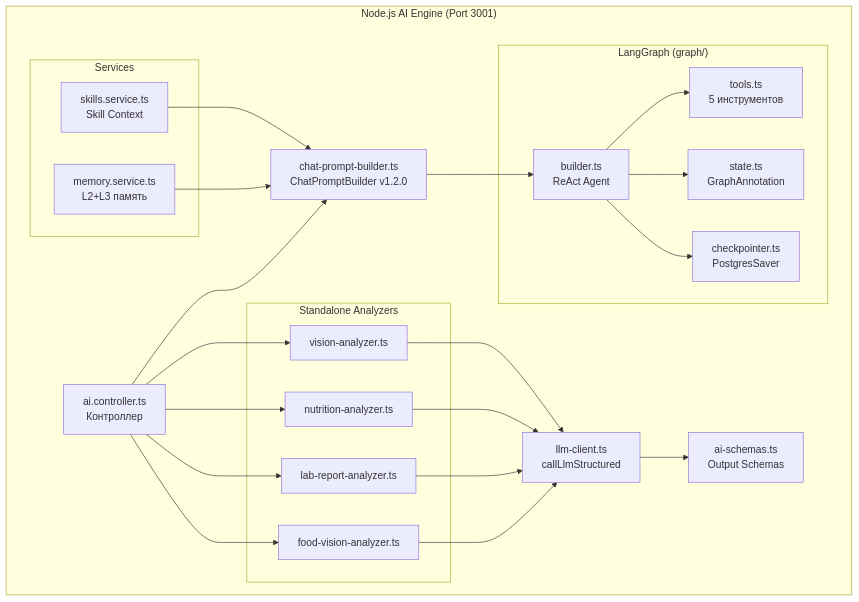
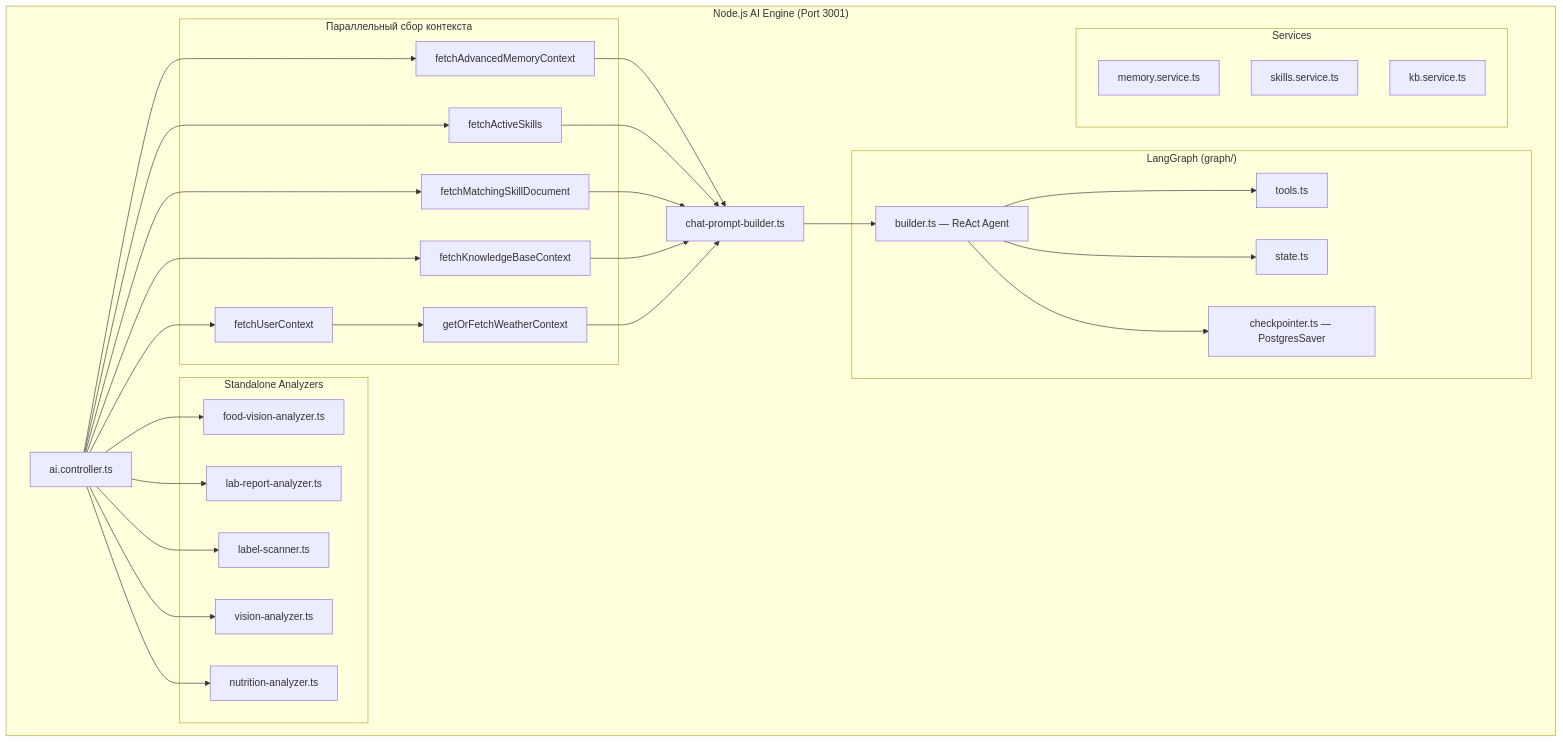
One commit to S4rikk/vitograph changed the diagram in docs/ai_pipeline.md. Above: the diagram before and after it, drawn with Mermaid. The commit also changed other lines of this file and 5 other files, not shown here.

````diff
--- a/docs/ai_pipeline.md
+++ b/docs/ai_pipeline.md
@@ -11,45 +11,45 @@
 ```mermaid
 graph TB
     subgraph "Node.js AI Engine (Port 3001)"
-        AC[ai.controller.ts<br/>Контроллер]
-        CPB[chat-prompt-builder.ts<br/>ChatPromptBuilder v1.2.0]
-        LC[llm-client.ts<br/>callLlmStructured]
-        AS[ai-schemas.ts<br/>Output Schemas]
+        AC[ai.controller.ts]
+
+        subgraph "Параллельный сбор контекста"
+            FUC[fetchUserContext]
+            FAMC[fetchAdvancedMemoryContext]
+            FAS[fetchActiveSkills]
+            FMSD[fetchMatchingSkillDocument]
+            FKB[fetchKnowledgeBaseContext]
+            WS[getOrFetchWeatherContext]
+        end
 
         subgraph "LangGraph (graph/)"
-            B[builder.ts<br/>ReAct Agent]
-            S[state.ts<br/>GraphAnnotation]
-            T[tools.ts<br/>5 инструментов]
-            CP[checkpointer.ts<br/>PostgresSaver]
-        end
-
-        subgraph "Services"
-            MS[memory.service.ts<br/>L2+L3 память]
-            SS[skills.service.ts<br/>Skill Context]
+            B[builder.ts — ReAct Agent]
+            S[state.ts]
+            T[tools.ts]
+            CP[checkpointer.ts — PostgresSaver]
         end
 
         subgraph "Standalone Analyzers"
             FVA[food-vision-analyzer.ts]
             LRA[lab-report-analyzer.ts]
+            LS[label-scanner.ts]
+            VA[vision-analyzer.ts]
             NA[nutrition-analyzer.ts]
-            VA[vision-analyzer.ts]
         end
+
+        subgraph "Services"
+            MEM[memory.service.ts]
+            SKL[skills.service.ts]
+            KB[kb.service.ts]
+        end
+
+        CPB[chat-prompt-builder.ts]
     end
 
-    AC --> CPB
-    MS --> CPB
-    SS --> CPB
+    AC --> FUC & FAMC & FAS & FMSD & FKB
+    FUC --> WS
+    FAMC & FAS & FMSD & FKB & WS --> CPB
     CPB --> B
-    AC --> FVA
-    AC --> LRA
-    AC --> NA
-    AC --> VA
-    B --> T
-    B --> S
-    B --> CP
-    FVA --> LC
-    LRA --> LC
-    NA --> LC
-    VA --> LC
-    LC --> AS
+    B --> T & S & CP
+    AC --> FVA & LRA & LS & VA & NA
 ```
````
